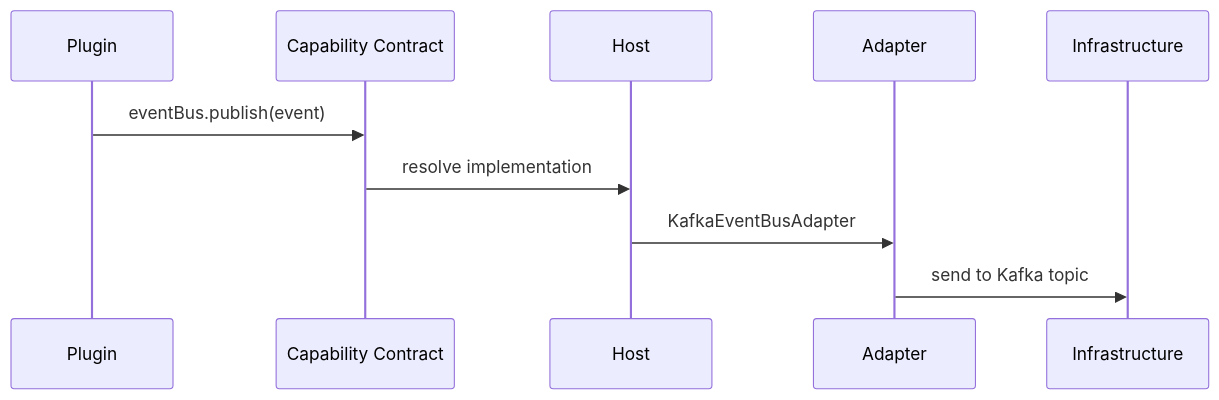
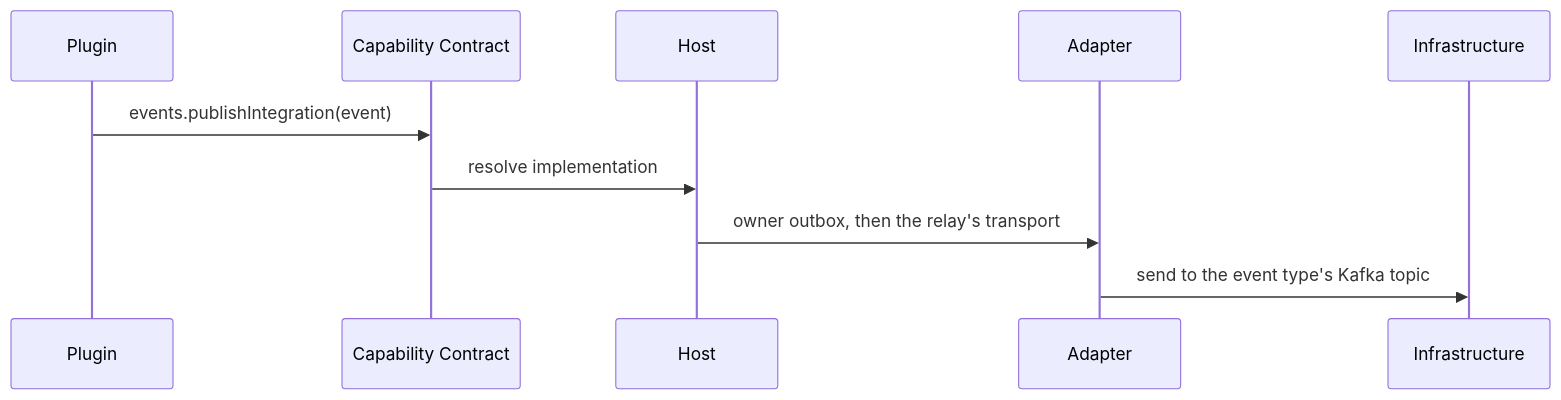
The diagram in website/docs/getting-started/quick-start.md (brix-kit-dev/brix), drawn with Mermaid before and after one commit. The commit also changed other lines of this file and 20 other files, not shown here.

````diff
--- a/website/docs/getting-started/quick-start.md
+++ b/website/docs/getting-started/quick-start.md
@@ -146,13 +126,13 @@
 ```mermaid
 sequenceDiagram
     participant P as Plugin
     participant C as Capability Contract
     participant H as Host
     participant A as Adapter
     participant I as Infrastructure
     
-    P->>C: eventBus.publish(event)
+    P->>C: events.publishIntegration(event)
     C->>H: resolve implementation
-    H->>A: KafkaEventBusAdapter
-    A->>I: send to Kafka topic
+    H->>A: owner outbox, then the relay's transport
+    A->>I: send to the event type's Kafka topic
 ```
````
